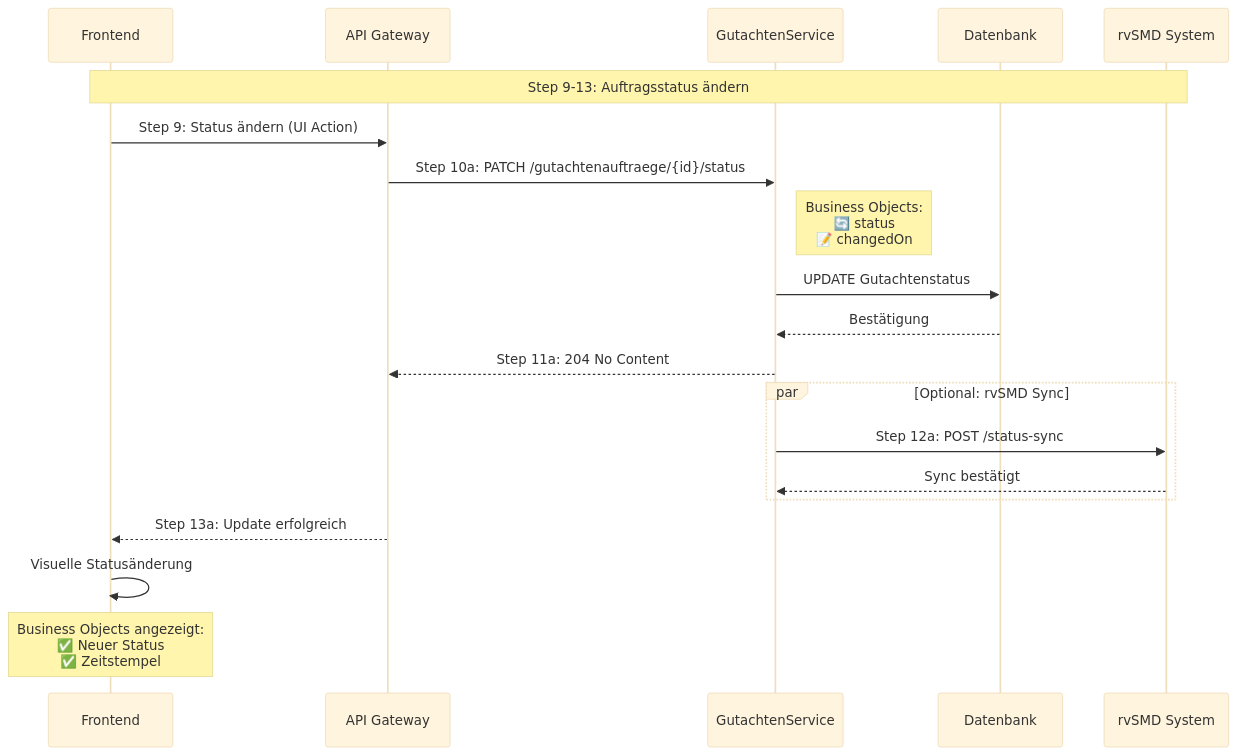
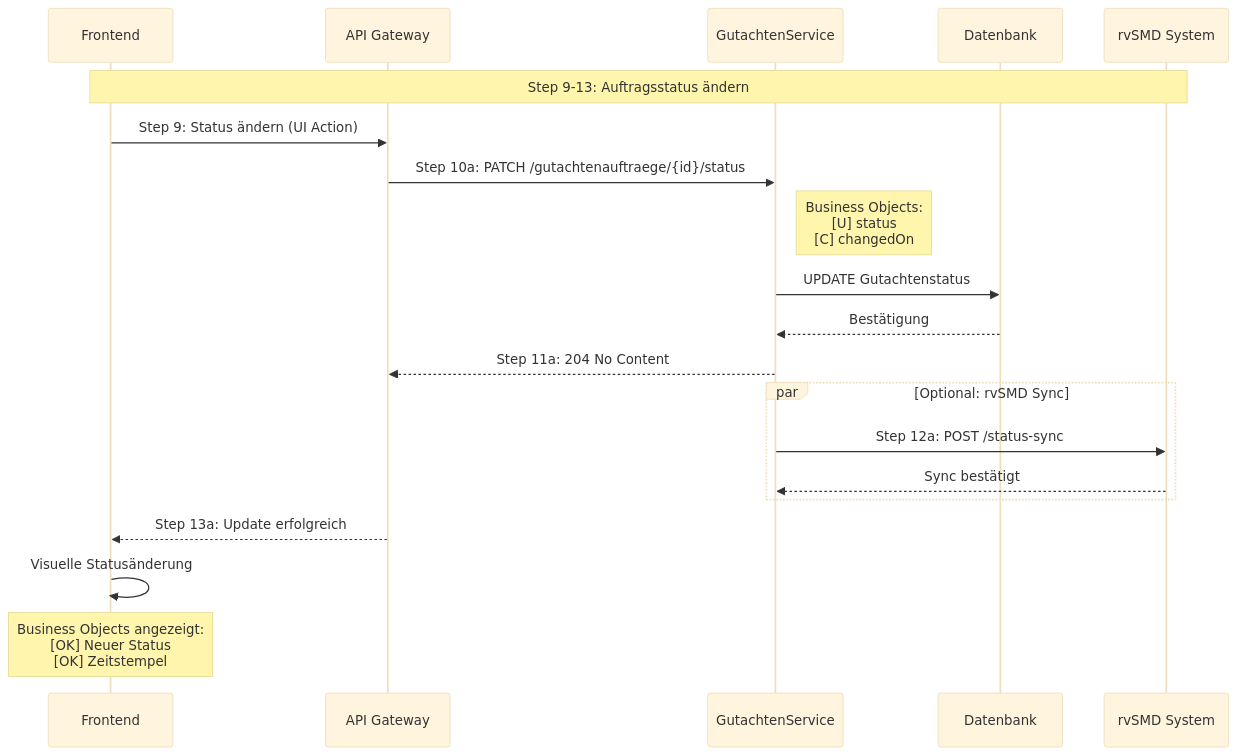
One commit to megadur/QARvGut changed the second of 7 diagrams in docs/UseCases/UC-04-Data-Flow-Traceability-Matrix.md. Above: the diagram before and after it, drawn with Mermaid (base theme). The commit also changed other lines of this file and 4 other files, not shown here.

````diff
--- a/docs/UseCases/UC-04-Data-Flow-Traceability-Matrix.md
+++ b/docs/UseCases/UC-04-Data-Flow-Traceability-Matrix.md
@@ -373,27 +373,27 @@
 ```mermaid
 sequenceDiagram
     participant UI as Frontend
     participant API as API Gateway
     participant GS as GutachtenService
     participant DB as Datenbank
     participant SMD as rvSMD System
     
     Note over UI,SMD: Step 9-13: Auftragsstatus ändern
     
     UI->>API: Step 9: Status ändern (UI Action)
     API->>GS: Step 10a: PATCH /gutachtenauftraege/{id}/status
-    Note right of GS: Business Objects:<br/>🔄 status<br/>📝 changedOn
+    Note right of GS: Business Objects:<br/>[U] status<br/>[C] changedOn
     GS->>DB: UPDATE Gutachtenstatus
     DB-->>GS: Bestätigung
     GS-->>API: Step 11a: 204 No Content
     
     par Optional: rvSMD Sync
         GS->>SMD: Step 12a: POST /status-sync
         SMD-->>GS: Sync bestätigt
     end
     
     API-->>UI: Step 13a: Update erfolgreich
     UI->>UI: Visuelle Statusänderung
     
-    Note over UI: Business Objects angezeigt:<br/>✅ Neuer Status<br/>✅ Zeitstempel
+    Note over UI: Business Objects angezeigt:<br/>[OK] Neuer Status<br/>[OK] Zeitstempel
 ```
````
